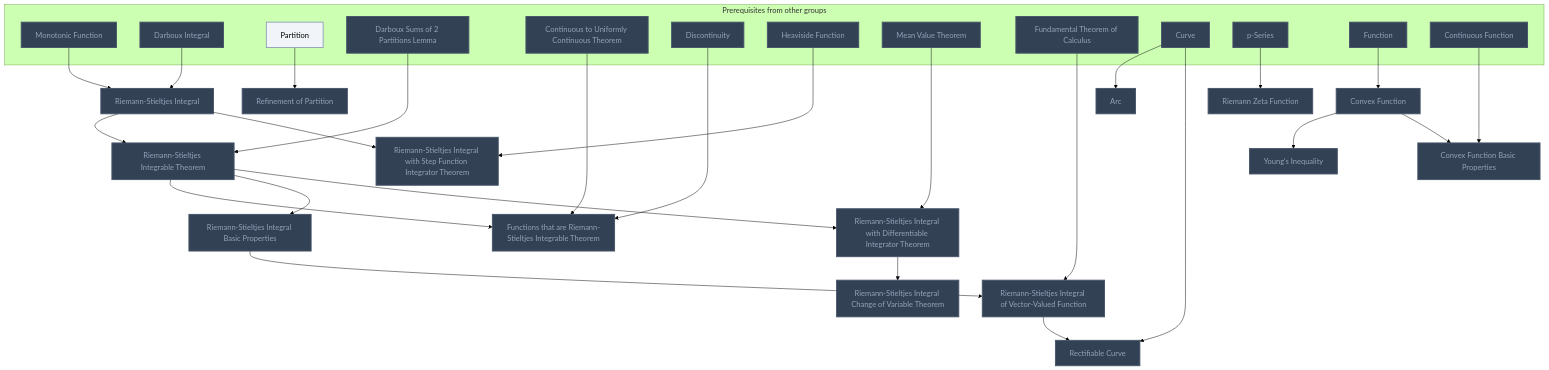
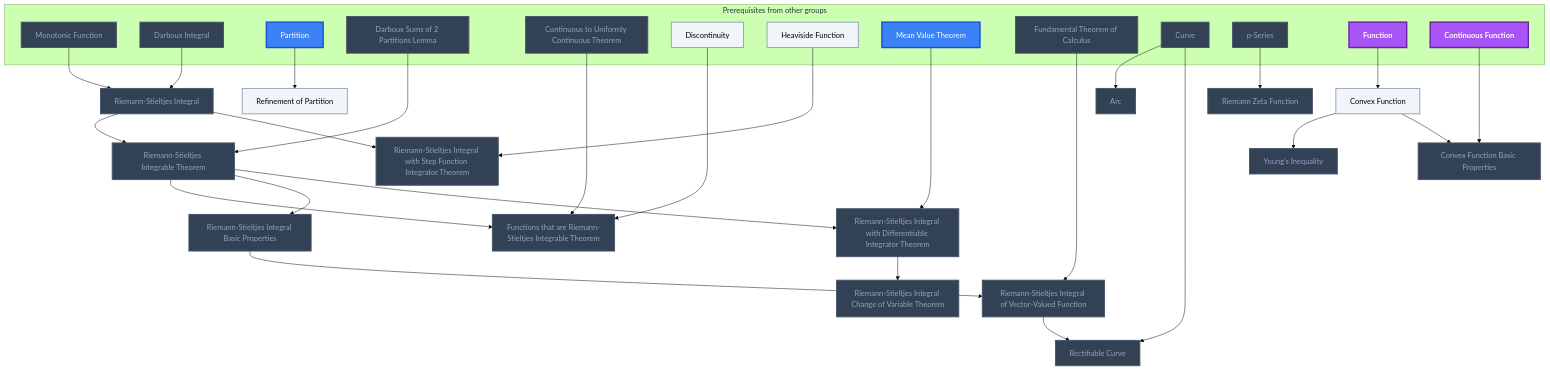
One commit to MRauf1/My-Notes changed diagram 12 of 22 in Gamification/Skill Trees/Real Analysis.md. Above: the diagram before and after it, drawn with Mermaid (forest theme). The commit also changed other lines of this file and 156 other files, not shown here.

````diff
--- a/Gamification/Skill Trees/Real Analysis.md
+++ b/Gamification/Skill Trees/Real Analysis.md
@@ -979,69 +1000,71 @@
 ```mermaid
 flowchart TD
     classDef planned fill:#1E293B,stroke:#64748B,stroke-width:2px,stroke-dasharray:5 5,color:#94A3B8;
     classDef locked fill:#334155,stroke:#475569,stroke-width:2px,color:#94A3B8;
     classDef L0 fill:#F1F5F9,stroke:#94A3B8,stroke-width:2px,color:#000000;
     classDef L1 fill:#22C55E,stroke:#15803D,stroke-width:2px,color:#000000;
     classDef L2 fill:#3B82F6,stroke:#1D4ED8,stroke-width:3px,color:#FFFFFF;
     classDef L3 fill:#A855F7,stroke:#6B21A8,stroke-width:3px,color:#FFFFFF,font-weight:bold;
     classDef L4 fill:#F97316,stroke:#C2410C,stroke-width:4px,color:#000000,font-weight:bold;
     classDef L5 fill:#FFD700,stroke:#FF8C00,stroke-width:5px,color:#000000,font-weight:bold;
     classDef rusty stroke:#8B4513,stroke-width:4px,stroke-dasharray:3 3;
     subgraph sg_prereqs["Prerequisites from other groups"]
         n_monotonic_function["Monotonic Function"]
         n_darboux_integral["Darboux Integral"]
         n_partition["Partition"]
         n_darboux_sums_of_2_partitions_lemma["Darboux Sums of 2 Partitions Lemma"]
         n_continuous_to_uniformly_continuous_theorem["Continuous to Uniformly Continuous Theorem"]
         n_discontinuity["Discontinuity"]
         n_heaviside_function["Heaviside Function"]
         n_mean_value_theorem["Mean Value Theorem"]
         n_fundamental_theorem_of_calculus["Fundamental Theorem of Calculus"]
         n_curve["Curve"]
         n_p_series["p-Series"]
         n_function["Function"]
         n_continuous_function["Continuous Function"]
     end
     n_riemann_stieltjes_integral["Riemann-Stieltjes Integral"]
     n_refinement_of_partition["Refinement of Partition"]
     n_riemann_stieltjes_integrable_theorem["Riemann-Stieltjes Integrable Theorem"]
     n_functions_that_are_riemann_stieltjes_integrable_theorem["Functions that are Riemann-Stieltjes Integrable Theorem"]
     n_riemann_stieltjes_integral_basic_properties["Riemann-Stieltjes Integral Basic Properties"]
     n_riemann_stieltjes_integral_with_step_function_integrator_theorem["Riemann-Stieltjes Integral with Step Function Integrator Theorem"]
     n_riemann_stieltjes_integral_with_differentiable_integrator_theorem["Riemann-Stieltjes Integral with Differentiable Integrator Theorem"]
     n_riemann_stieltjes_integral_change_of_variable_theorem["Riemann-Stieltjes Integral Change of Variable Theorem"]
     n_riemann_stieltjes_integral_of_vector_valued_function["Riemann-Stieltjes Integral of Vector-Valued Function"]
     n_arc["Arc"]
     n_rectifiable_curve["Rectifiable Curve"]
     n_young_s_inequality["Young's Inequality"]
     n_riemann_zeta_function["Riemann Zeta Function"]
     n_convex_function["Convex Function"]
     n_convex_function_basic_properties["Convex Function Basic Properties"]
     n_monotonic_function --> n_riemann_stieltjes_integral
     n_darboux_integral --> n_riemann_stieltjes_integral
     n_partition --> n_refinement_of_partition
     n_darboux_sums_of_2_partitions_lemma --> n_riemann_stieltjes_integrable_theorem
     n_riemann_stieltjes_integral --> n_riemann_stieltjes_integrable_theorem
     n_continuous_to_uniformly_continuous_theorem --> n_functions_that_are_riemann_stieltjes_integrable_theorem
     n_discontinuity --> n_functions_that_are_riemann_stieltjes_integrable_theorem
     n_riemann_stieltjes_integrable_theorem --> n_functions_that_are_riemann_stieltjes_integrable_theorem
     n_riemann_stieltjes_integrable_theorem --> n_riemann_stieltjes_integral_basic_properties
     n_heaviside_function --> n_riemann_stieltjes_integral_with_step_function_integrator_theorem
     n_riemann_stieltjes_integral --> n_riemann_stieltjes_integral_with_step_function_integrator_theorem
     n_mean_value_theorem --> n_riemann_stieltjes_integral_with_differentiable_integrator_theorem
     n_riemann_stieltjes_integrable_theorem --> n_riemann_stieltjes_integral_with_differentiable_integrator_theorem
     n_riemann_stieltjes_integral_with_differentiable_integrator_theorem --> n_riemann_stieltjes_integral_change_of_variable_theorem
     n_fundamental_theorem_of_calculus --> n_riemann_stieltjes_integral_of_vector_valued_function
     n_riemann_stieltjes_integral_basic_properties --> n_riemann_stieltjes_integral_of_vector_valued_function
     n_curve --> n_arc
     n_curve --> n_rectifiable_curve
     n_riemann_stieltjes_integral_of_vector_valued_function --> n_rectifiable_curve
     n_convex_function --> n_young_s_inequality
     n_p_series --> n_riemann_zeta_function
     n_function --> n_convex_function
     n_continuous_function --> n_convex_function_basic_properties
     n_convex_function --> n_convex_function_basic_properties
-    class n_monotonic_function,n_darboux_integral,n_darboux_sums_of_2_partitions_lemma,n_continuous_to_uniformly_continuous_theorem,n_discontinuity,n_heaviside_function,n_mean_value_theorem,n_fundamental_theorem_of_calculus,n_curve,n_p_series,n_function,n_continuous_function,n_riemann_stieltjes_integral,n_refinement_of_partition,n_riemann_stieltjes_integrable_theorem,n_functions_that_are_riemann_stieltjes_integrable_theorem,n_riemann_stieltjes_integral_basic_properties,n_riemann_stieltjes_integral_with_step_function_integrator_theorem,n_riemann_stieltjes_integral_with_differentiable_integrator_theorem,n_riemann_stieltjes_integral_change_of_variable_theorem,n_riemann_stieltjes_integral_of_vector_valued_function,n_arc,n_rectifiable_curve,n_young_s_inequality,n_riemann_zeta_function,n_convex_function,n_convex_function_basic_properties locked;
-    class n_partition L0;
+    class n_monotonic_function,n_darboux_integral,n_darboux_sums_of_2_partitions_lemma,n_continuous_to_uniformly_continuous_theorem,n_fundamental_theorem_of_calculus,n_curve,n_p_series,n_riemann_stieltjes_integral,n_riemann_stieltjes_integrable_theorem,n_functions_that_are_riemann_stieltjes_integrable_theorem,n_riemann_stieltjes_integral_basic_properties,n_riemann_stieltjes_integral_with_step_function_integrator_theorem,n_riemann_stieltjes_integral_with_differentiable_integrator_theorem,n_riemann_stieltjes_integral_change_of_variable_theorem,n_riemann_stieltjes_integral_of_vector_valued_function,n_arc,n_rectifiable_curve,n_young_s_inequality,n_riemann_zeta_function,n_convex_function_basic_properties locked;
+    class n_discontinuity,n_heaviside_function,n_refinement_of_partition,n_convex_function L0;
+    class n_partition,n_mean_value_theorem L2;
+    class n_function,n_continuous_function L3;
     class n_monotonic_function,n_darboux_integral,n_partition,n_darboux_sums_of_2_partitions_lemma,n_continuous_to_uniformly_continuous_theorem,n_discontinuity,n_heaviside_function,n_mean_value_theorem,n_fundamental_theorem_of_calculus,n_curve,n_p_series,n_function,n_continuous_function,n_riemann_stieltjes_integral,n_refinement_of_partition,n_riemann_stieltjes_integrable_theorem,n_functions_that_are_riemann_stieltjes_integrable_theorem,n_riemann_stieltjes_integral_basic_properties,n_riemann_stieltjes_integral_with_step_function_integrator_theorem,n_riemann_stieltjes_integral_with_differentiable_integrator_theorem,n_riemann_stieltjes_integral_change_of_variable_theorem,n_riemann_stieltjes_integral_of_vector_valued_function,n_arc,n_rectifiable_curve,n_young_s_inequality,n_riemann_zeta_function,n_convex_function,n_convex_function_basic_properties internal-link;
 ```
````
